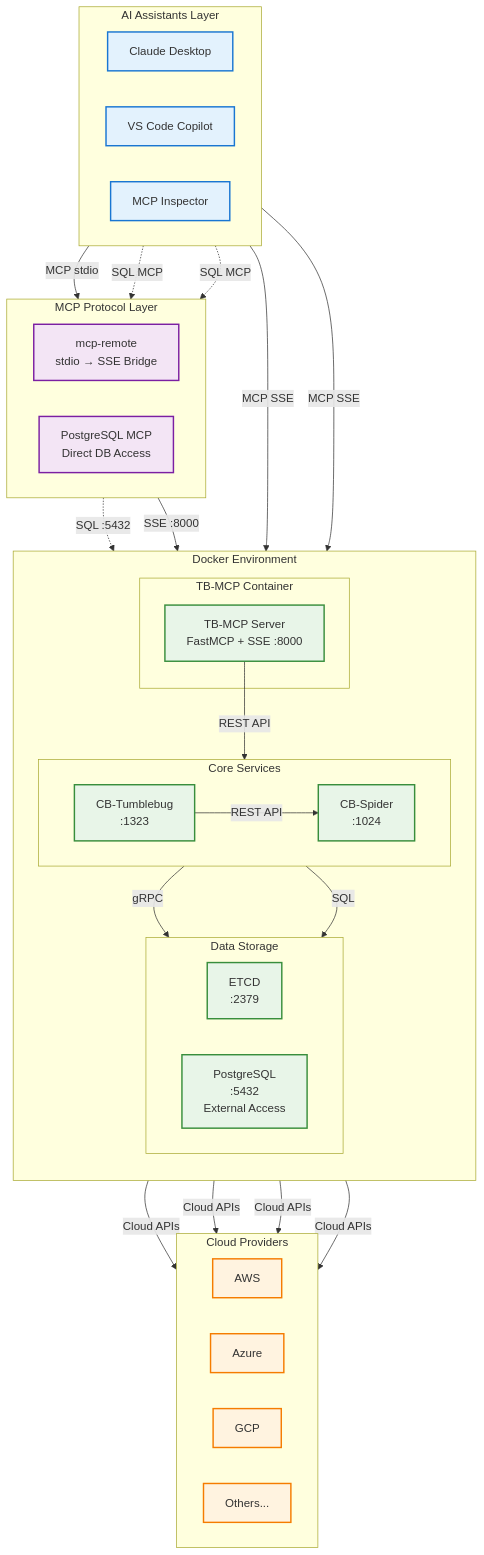
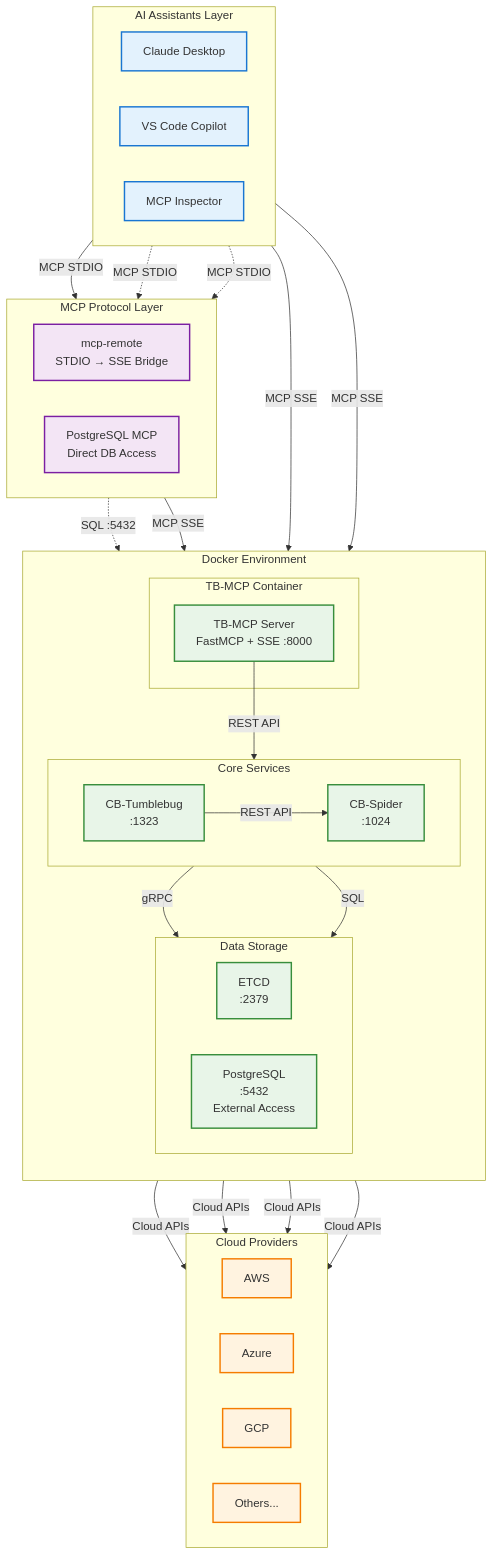
One commit to cloud-barista/cb-tumblebug changed the first of 7 diagrams in src/interface/mcp/architecture.md. Above: the diagram before and after it, drawn with Mermaid.

Commit message:
Update MCP architecture

````diff
--- a/src/interface/mcp/architecture.md
+++ b/src/interface/mcp/architecture.md
@@ -5,81 +5,81 @@
 ```mermaid
 graph TB
     subgraph "AI Assistants Layer"
         direction LR
         Claude[Claude Desktop]
         VSCode[VS Code Copilot]
         MCPInspector[MCP Inspector]
     end
     
     subgraph "MCP Protocol Layer"
         direction LR
-        MCPRemote[mcp-remote<br/>stdio → SSE Bridge]
+        MCPRemote[mcp-remote<br/>STDIO → SSE Bridge]
         PostgresMCP[PostgreSQL MCP<br/>Direct DB Access]
     end
     
     subgraph "Docker Environment"
         direction TB
         
         subgraph "TB-MCP Container"
             TBMCPCode[TB-MCP Server<br/>FastMCP + SSE :8000]
         end
         
         subgraph "Core Services"
             direction LR
             TBCore[CB-Tumblebug<br/>:1323]
             Spider[CB-Spider<br/>:1024]
         end
         
         subgraph "Data Storage"
             direction LR
             ETCD[ETCD<br/>:2379]
             Postgres[PostgreSQL<br/>:5432<br/>External Access]
         end
     end
     
     subgraph "Cloud Providers"
         direction LR
         AWS[AWS]
         Azure[Azure]
         GCP[GCP]
         Others[Others...]
     end
     
     %% Main AI Assistant Flows
-    Claude -->|MCP stdio| MCPRemote
+    Claude -->|MCP STDIO| MCPRemote
     VSCode -->|MCP SSE| TBMCPCode
     MCPInspector -->|MCP SSE| TBMCPCode
     
     %% PostgreSQL Direct Access
-    Claude -.->|SQL MCP| PostgresMCP
-    VSCode -.->|SQL MCP| PostgresMCP
+    Claude -.->|MCP STDIO| PostgresMCP
+    VSCode -.->|MCP STDIO| PostgresMCP
     PostgresMCP -.->|SQL :5432| Postgres
     
     %% MCP Bridge Flow
-    MCPRemote -->|SSE :8000| TBMCPCode
+    MCPRemote -->|MCP SSE| TBMCPCode
     
     %% Internal Service Flow
     TBMCPCode -->|REST API| TBCore
     TBCore -->|REST API| Spider
     TBCore -->|gRPC| ETCD
     TBCore -->|SQL| Postgres
     
     %% Cloud Integration
     Spider -->|Cloud APIs| AWS
     Spider -->|Cloud APIs| Azure
     Spider -->|Cloud APIs| GCP
     Spider -->|Cloud APIs| Others
     
     %% Styling for clarity
     classDef aiLayer fill:#e3f2fd,stroke:#1976d2,stroke-width:2px
     classDef mcpLayer fill:#f3e5f5,stroke:#7b1fa2,stroke-width:2px
     classDef dockerLayer fill:#e8f5e8,stroke:#388e3c,stroke-width:2px
     classDef cloudLayer fill:#fff3e0,stroke:#f57c00,stroke-width:2px
     classDef primaryFlow stroke:#d32f2f,stroke-width:3px
     classDef secondaryFlow stroke:#666,stroke-width:2px,stroke-dasharray: 5 5
     
     class Claude,VSCode,MCPInspector aiLayer
     class MCPRemote,PostgresMCP mcpLayer
     class TBMCPCode,TBCore,Spider,ETCD,Postgres dockerLayer
     class AWS,Azure,GCP,Others cloudLayer
 ```
````
